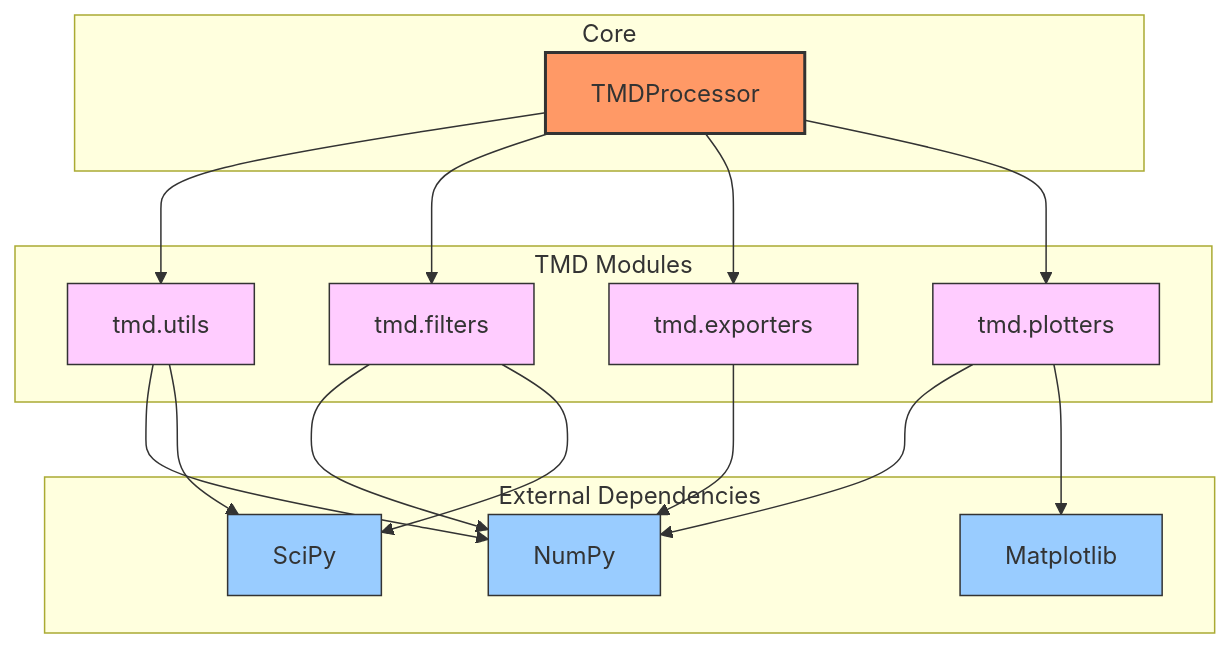
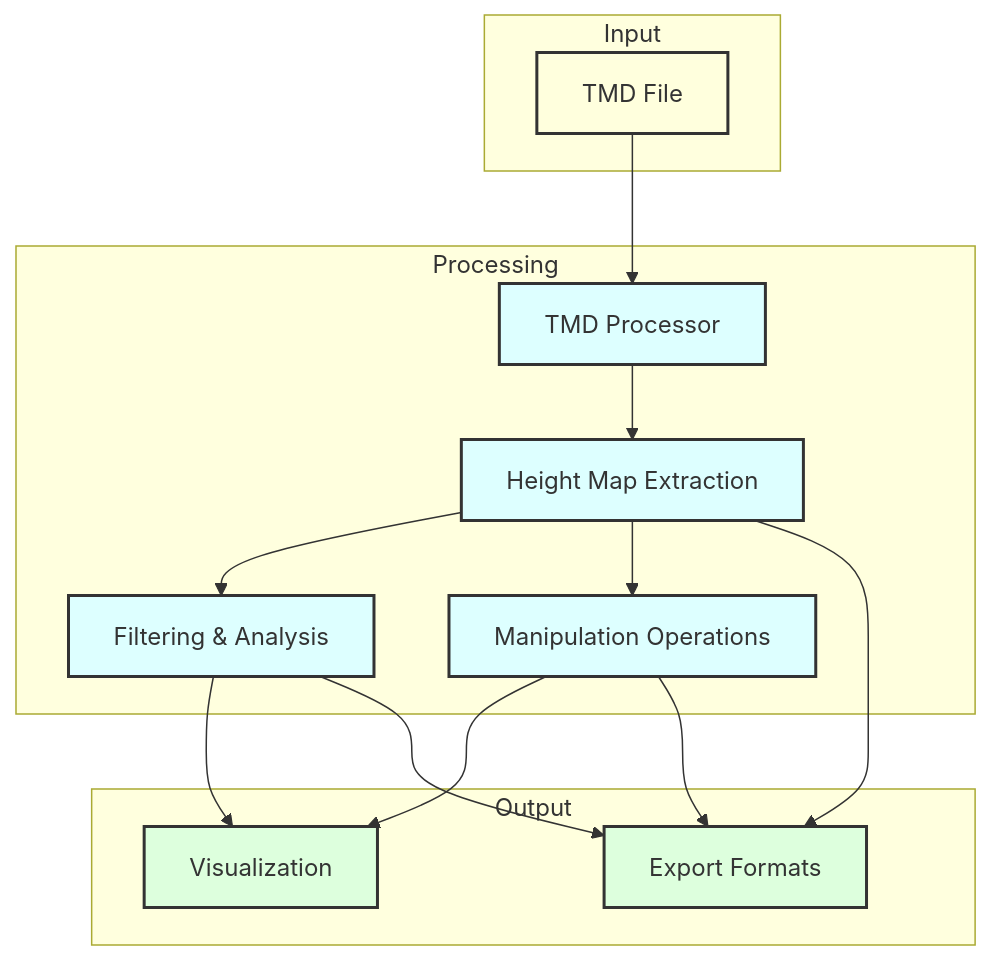
Before and after one commit to ETSim/TrueMapData: the second of 3 diagrams in docs/architecture/component-diagram.md, drawn with Mermaid. The commit also changed other lines of this file and 40 other files, not shown here.

````diff
--- a/docs/architecture/component-diagram.md
+++ b/docs/architecture/component-diagram.md
@@ -64,40 +58,38 @@
 ```mermaid
 flowchart TD
-    subgraph Core
-    A[TMDProcessor]
+    subgraph Input
+        TMDFile[TMD File]
     end
-
-    subgraph External Dependencies
-    B1[NumPy]
-    B2[SciPy]
-    B3[Matplotlib]
+    
+    subgraph Processing
+        Processor[TMD Processor]
+        HeightMap[Height Map Extraction]
+        Filtering[Filtering & Analysis]
+        Manipulation[Manipulation Operations]
     end
-
-    subgraph TMD Modules
-    C1[tmd.utils]
-    C2[tmd.filters]
-    C3[tmd.exporters]
-    C4[tmd.plotters]
+    
+    subgraph Output
+        VisualizationOutput[Visualization]
+        ExportOutput[Export Formats]
     end
-
-    A --> C1
-    A --> C2
-    A --> C3
-    A --> C4
-
-    C1 --> B1
-    C1 --> B2
-    C2 --> B1
-    C2 --> B2
-    C3 --> B1
-    C4 --> B1
-    C4 --> B3
-
-    classDef core fill:#f96,stroke:#333,stroke-width:2px;
-    classDef external fill:#9cf,stroke:#333,stroke-width:1px;
-    classDef module fill:#fcf,stroke:#333,stroke-width:1px;
-
-    class A core;
-    class B1,B2,B3 external;
-    class C1,C2,C3,C4 module;
+    
+    TMDFile --> Processor
+    Processor --> HeightMap
+    HeightMap --> Filtering
+    HeightMap --> Manipulation
+    
+    Filtering --> VisualizationOutput
+    Manipulation --> VisualizationOutput
+    
+    HeightMap --> ExportOutput
+    Filtering --> ExportOutput
+    Manipulation --> ExportOutput
+    
+    classDef input fill:#ffd, stroke:#333, stroke-width:2px;
+    classDef process fill:#dff, stroke:#333, stroke-width:2px;
+    classDef output fill:#dfd, stroke:#333, stroke-width:2px;
+    
+    class TMDFile input;
+    class Processor,HeightMap,Filtering,Manipulation process;
+    class VisualizationOutput,ExportOutput output;
 ```
````
